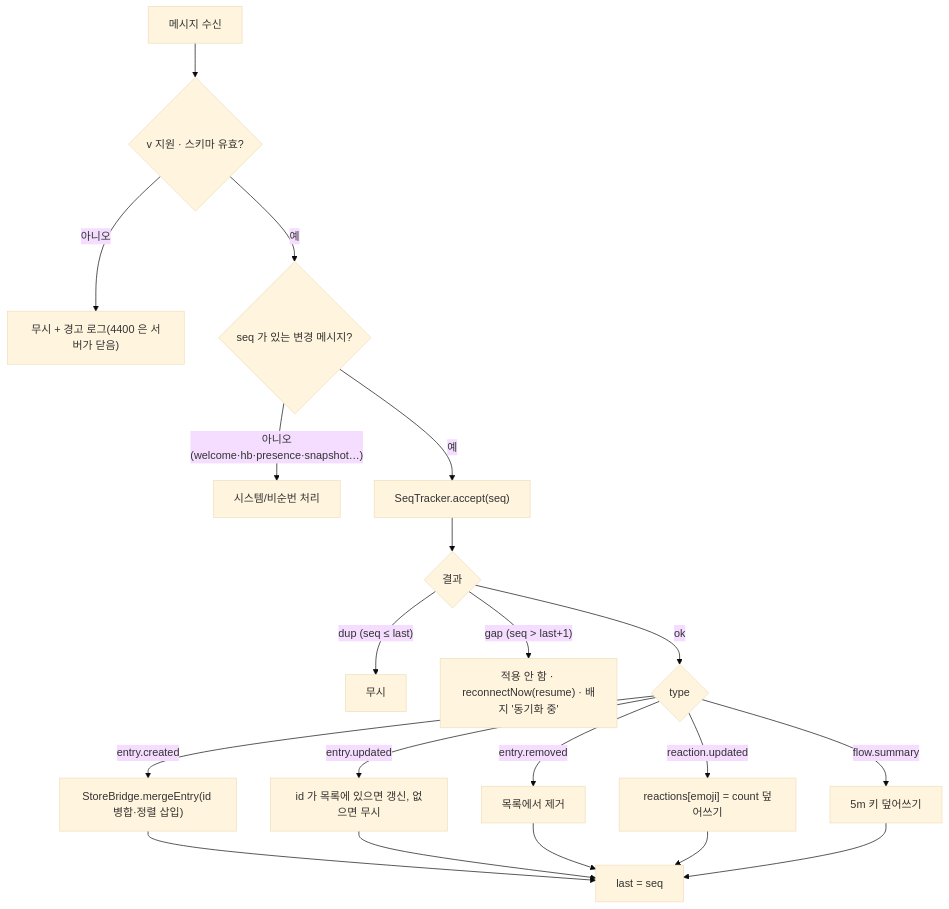
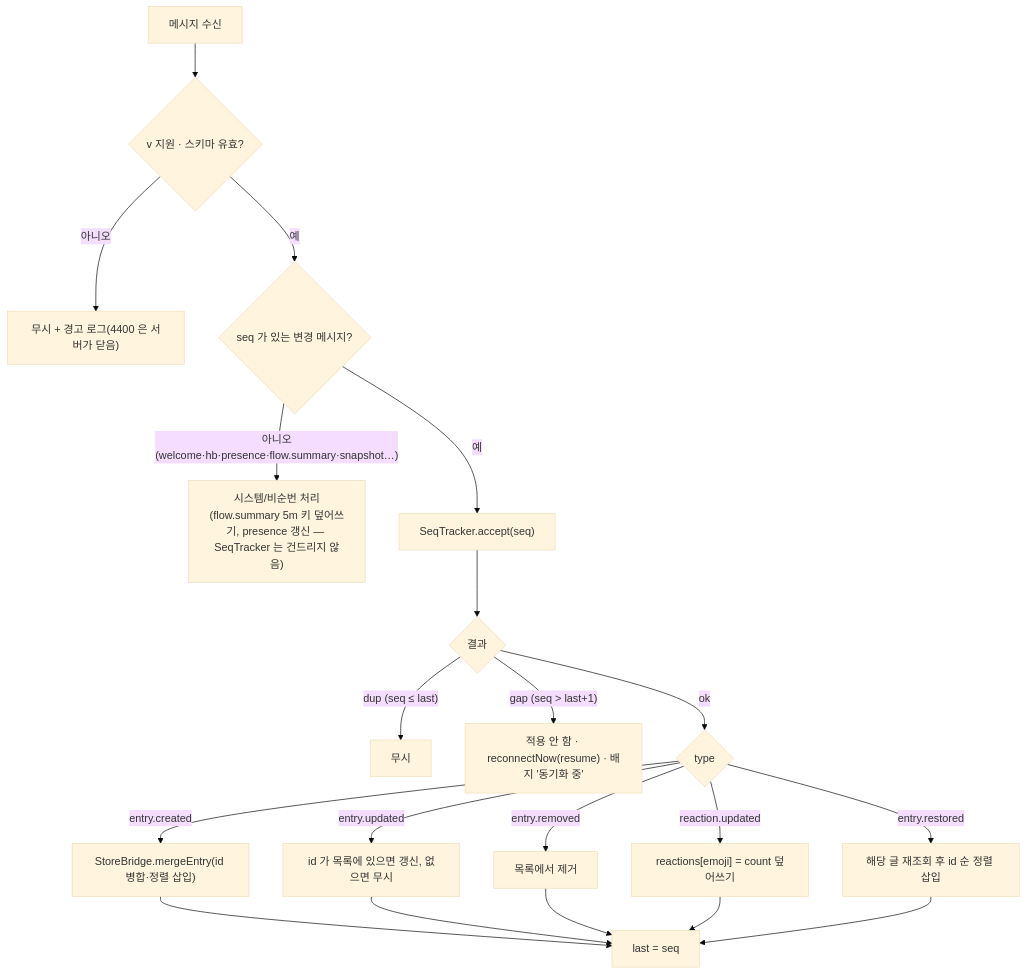
Diagram 40 of 43 in docs/design/features/15-web.md (1985jwlee/portpolio_backend), drawn with Mermaid (base theme) before and after one commit. The commit also changed other lines of this file and 33 other files, not shown here.

````diff
--- a/docs/design/features/15-web.md
+++ b/docs/design/features/15-web.md
@@ -1409,22 +1412,22 @@
 ```mermaid
 flowchart TD
     MSG["메시지 수신"] --> V{"v 지원 · 스키마 유효?"}
     V -- "아니오" --> BAD["무시 + 경고 로그(4400 은 서버가 닫음)"]
     V -- "예" --> SEQ{"seq 가 있는 변경 메시지?"}
-    SEQ -- "아니오(welcome·hb·presence·snapshot…)" --> SYS["시스템/비순번 처리"]
+    SEQ -- "아니오(welcome·hb·presence·flow.summary·snapshot…)" --> SYS["시스템/비순번 처리<br/>(flow.summary 5m 키 덮어쓰기, presence 갱신 — SeqTracker 는 건드리지 않음)"]
     SEQ -- "예" --> ACC["SeqTracker.accept(seq)"]
     ACC --> R{"결과"}
     R -- "dup (seq ≤ last)" --> IGN["무시"]
     R -- "gap (seq > last+1)" --> GAP["적용 안 함 · reconnectNow(resume) · 배지 '동기화 중'"]
     R -- "ok" --> T{"type"}
     T -- "entry.created" --> C["StoreBridge.mergeEntry(id 병합·정렬 삽입)"]
     T -- "entry.updated" --> UPD["id 가 목록에 있으면 갱신, 없으면 무시"]
     T -- "entry.removed" --> RM["목록에서 제거"]
+    T -- "entry.restored" --> RS["해당 글 재조회 후 id 순 정렬 삽입"]
     T -- "reaction.updated" --> RC["reactions[emoji] = count 덮어쓰기"]
-    T -- "flow.summary" --> FS["5m 키 덮어쓰기"]
     C --> LAST["last = seq"]
     UPD --> LAST
     RM --> LAST
     RC --> LAST
-    FS --> LAST
+    RS --> LAST
 ```
````
